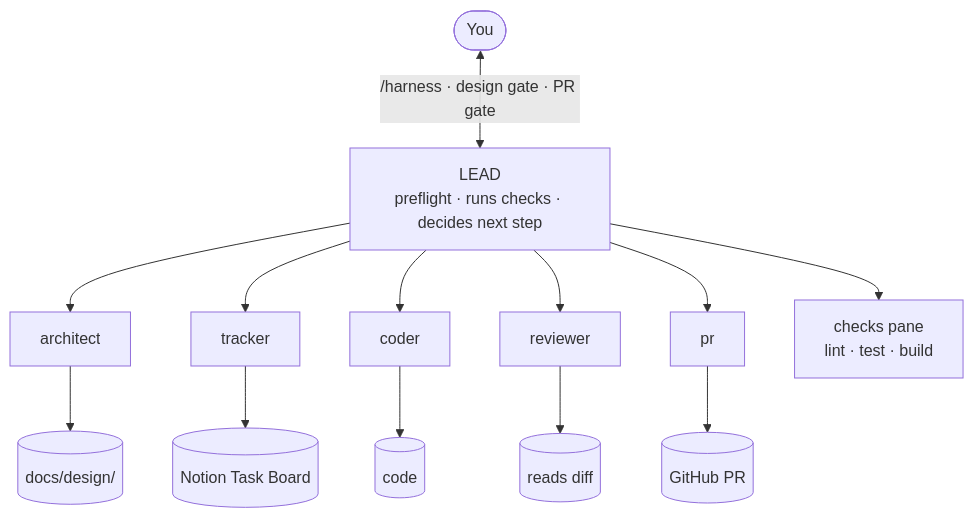
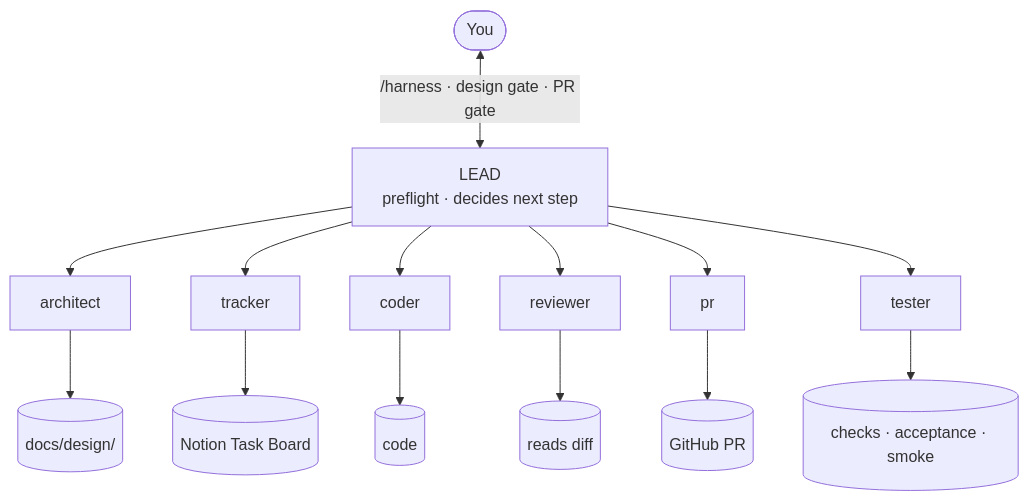
Before and after one commit to ericlau1987/dotfiles: the first of 2 diagrams in harness/FLOW.md, drawn with Mermaid. The commit also changed other lines of this file and 37 other files, not shown here.

Commit message:
harness: tester agent (own tab) runs CI checks, acceptance and smoke tests; vendored api-test-suite-builder, playwright-pro, performance-profiler

````diff
--- a/harness/FLOW.md
+++ b/harness/FLOW.md
@@ -11,12 +11,12 @@
 ```mermaid
 flowchart TB
   YOU(["You"])
-  LEAD["LEAD<br/>preflight · runs checks · decides next step"]
+  LEAD["LEAD<br/>preflight · decides next step"]
   YOU <-->|"/harness · design gate · PR gate"| LEAD
   LEAD --> ARCH["architect"] --> D[("docs/design/")]
   LEAD --> TRK["tracker"] --> N[("Notion Task Board")]
   LEAD --> COD["coder"] --> C[("code")]
   LEAD --> REV["reviewer"] --> R[("reads diff")]
   LEAD --> PR["pr"] --> G[("GitHub PR")]
-  LEAD --> CHK["checks pane<br/>lint · test · build"]
+  LEAD --> TST["tester"] --> TT[("checks · acceptance · smoke")]
 ```
````
